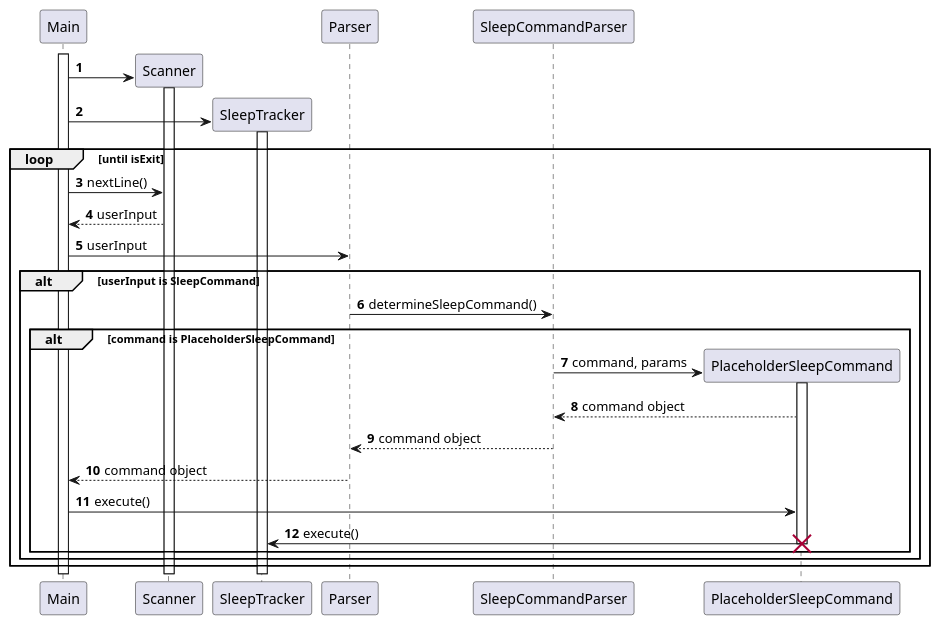
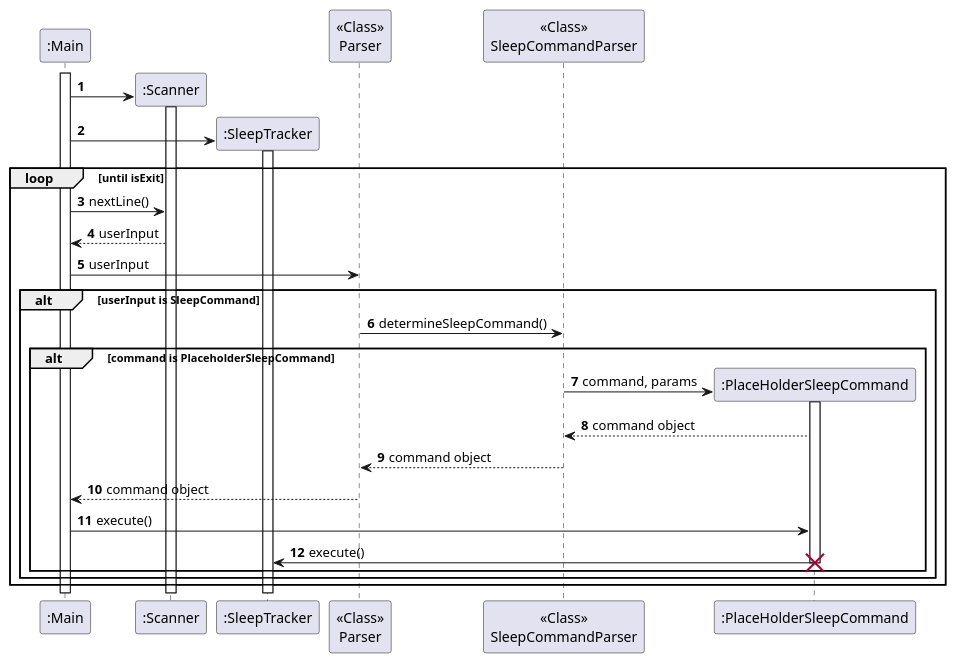
One commit to AY2324S2-CS2113-T11-1/tp changed the diagram in docs/diagrams/sleep/SleepSequenceDiagram.puml. Above: the diagram before and after it, drawn with PlantUML. The commit also changed 4 other files, not shown here.

Commit message:
Add minor changes to guides for SleepTracker

```diff
--- a/docs/diagrams/sleep/SleepSequenceDiagram.puml
+++ b/docs/diagrams/sleep/SleepSequenceDiagram.puml
@@ -1,44 +1,44 @@
 @startuml
 'https://plantuml.com/sequence-diagram
 
 autonumber
 
-participant Main
-participant Scanner
-participant SleepTracker
-participant Parser
-participant SleepCommandParser
-participant PlaceholderSleepCommand
+participant ":Main" as Main
+participant ":Scanner" as Scanner
+participant ":SleepTracker" as SleepTracker
+participant "<<Class>>\nParser" as Parser
+participant "<<Class>>\nSleepCommandParser" as SleepCommandParser
+participant ":PlaceHolderSleepCommand" as PlaceholderSleepCommand
 
 activate Main
 
 create Scanner
 Main -> Scanner
 activate Scanner
 
 create SleepTracker
 Main -> SleepTracker
 activate SleepTracker
 
 loop until isExit
 
     Main -> Scanner: nextLine()
     Scanner --> Main: userInput
     Main -> Parser: userInput
     alt userInput is SleepCommand
         Parser -> SleepCommandParser: determineSleepCommand()
         alt command is PlaceholderSleepCommand
             create PlaceholderSleepCommand
             SleepCommandParser -> PlaceholderSleepCommand: command, params
             activate PlaceholderSleepCommand
             PlaceholderSleepCommand --> SleepCommandParser: command object
             SleepCommandParser --> Parser: command object
             Parser --> Main: command object
             Main -> PlaceholderSleepCommand: execute()
             PlaceholderSleepCommand -> SleepTracker: execute()
             destroy PlaceholderSleepCommand
         end
     end
 end
 
 @enduml
```
